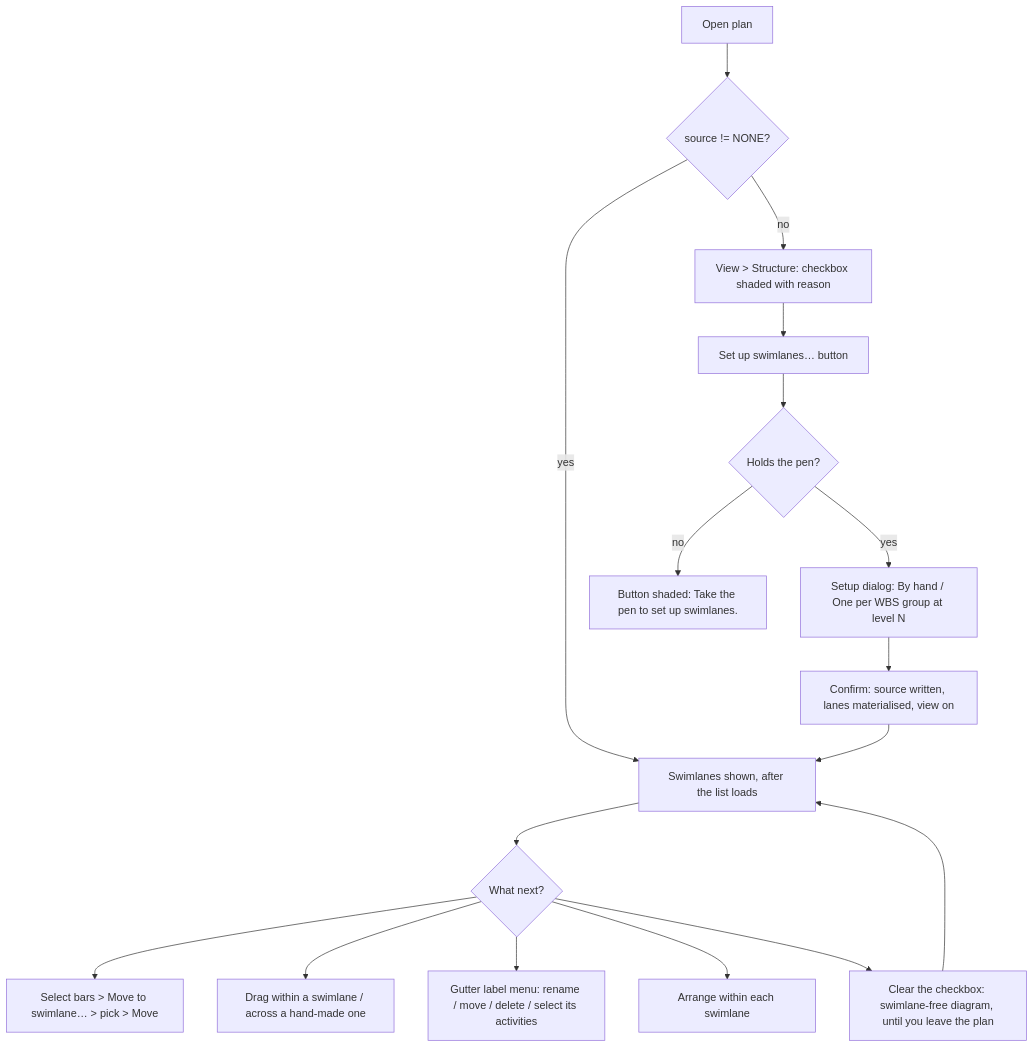
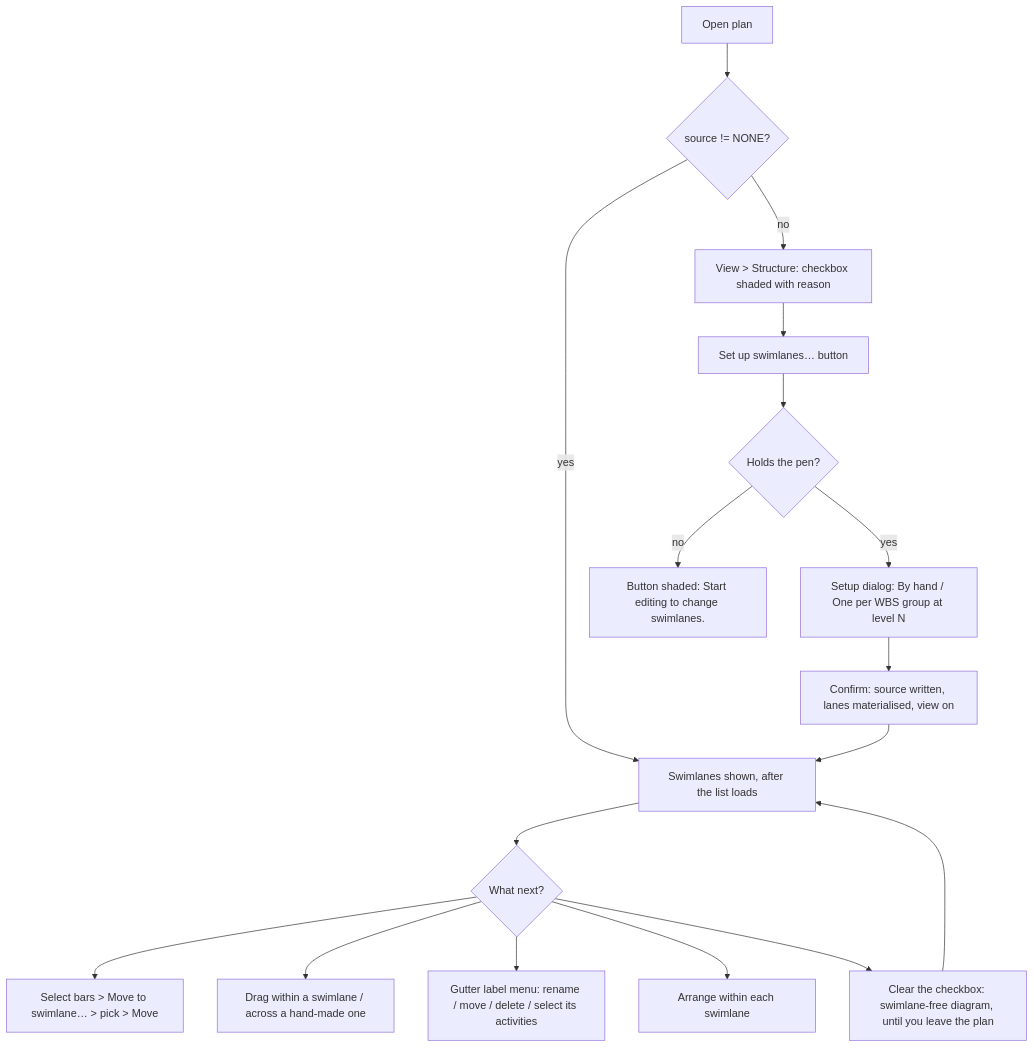
The third of 3 diagrams in docs/specs/swimlanes/feature-spec.md (HuttonHomeHub/SchedulePoint_1), drawn with Mermaid before and after one commit. The commit also changed other lines of this file and 29 other files, not shown here.

````diff
--- a/docs/specs/swimlanes/feature-spec.md
+++ b/docs/specs/swimlanes/feature-spec.md
@@ -824,19 +824,19 @@
 ```mermaid
 flowchart TD
   A[Open plan] --> B{source != NONE?}
   B -- yes --> H[Swimlanes shown, after the list loads]
   B -- no --> C[View > Structure: checkbox shaded with reason]
   C --> S[Set up swimlanes… button]
   S --> D{Holds the pen?}
-  D -- no --> E[Button shaded: Take the pen to set up swimlanes.]
+  D -- no --> E[Button shaded: Start editing to change swimlanes.]
   D -- yes --> F[Setup dialog: By hand / One per WBS group at level N]
   F --> G[Confirm: source written, lanes materialised, view on]
   G --> H
   H --> I{What next?}
   I --> J[Select bars > Move to swimlane… > pick > Move]
   I --> K[Drag within a swimlane / across a hand-made one]
   I --> L[Gutter label menu: rename / move / delete / select its activities]
   I --> M[Arrange within each swimlane]
   I --> N[Clear the checkbox: swimlane-free diagram, until you leave the plan]
   N --> H
 ```
````
